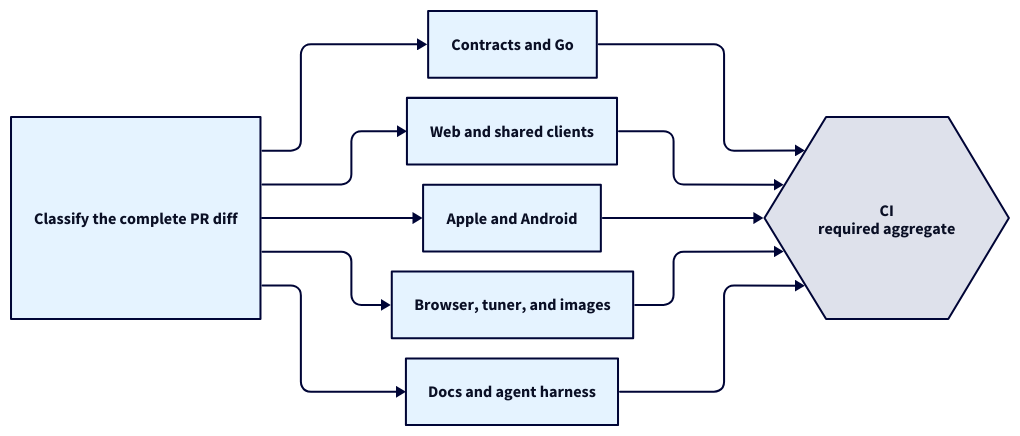
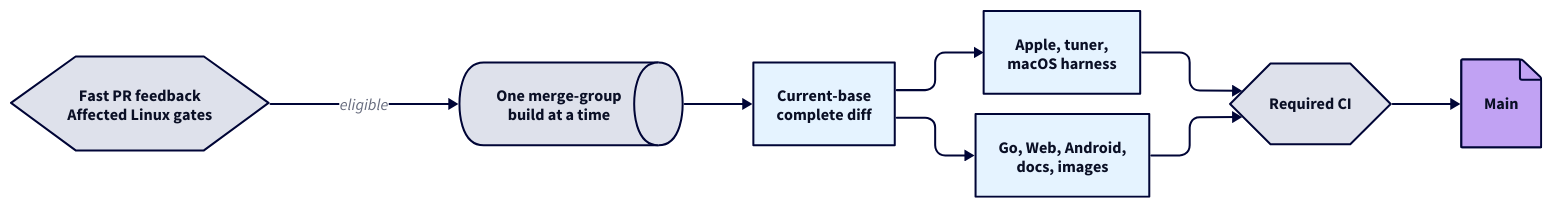
Before and after one commit to loomarr/loomarr: the diagram in docs/diagrams/ci.d2, drawn with D2. The commit also changed 12 other files, not shown here.

Commit message:
ci: admit scarce macOS work through merge queue

```diff
--- a/docs/diagrams/ci.d2
+++ b/docs/diagrams/ci.d2
@@ -1,30 +1,25 @@
 vars: {
   d2-config: {
     layout-engine: elk
     theme-id: 4
     dark-theme-id: 200
     pad: 32
     center: true
   }
 }
 
 direction: right
 
-changes: Classify the complete PR diff
-contracts: Contracts and Go
-clients: Web and shared clients
-native: Apple and Android
-runtime: Browser, tuner, and images
-docs: Docs and agent harness
-required: CI\nrequired aggregate {shape: hexagon}
+feedback: Fast PR feedback\nAffected Linux gates {shape: hexagon}
+queue: One merge-group\nbuild at a time {shape: queue}
+current: Current-base\ncomplete diff
+native: Apple, tuner,\nmacOS harness
+other: Go, Web, Android,\ndocs, images
+required: Required CI {shape: hexagon}
+main: Main {shape: page}
 
-changes -> contracts
-changes -> clients
-changes -> native
-changes -> runtime
-changes -> docs
-contracts -> required
-clients -> required
-native -> required
-runtime -> required
-docs -> required
+feedback -> queue: eligible
+queue -> current
+current -> native -> required
+current -> other -> required
+required -> main
```
